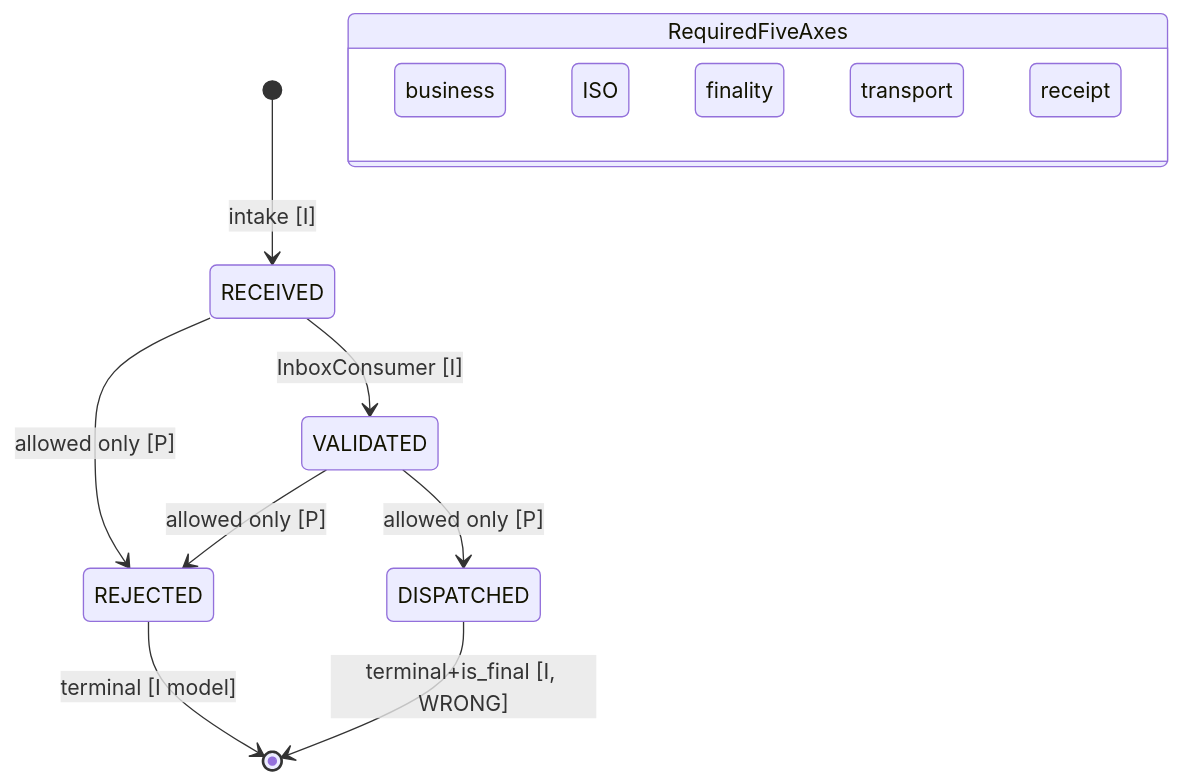
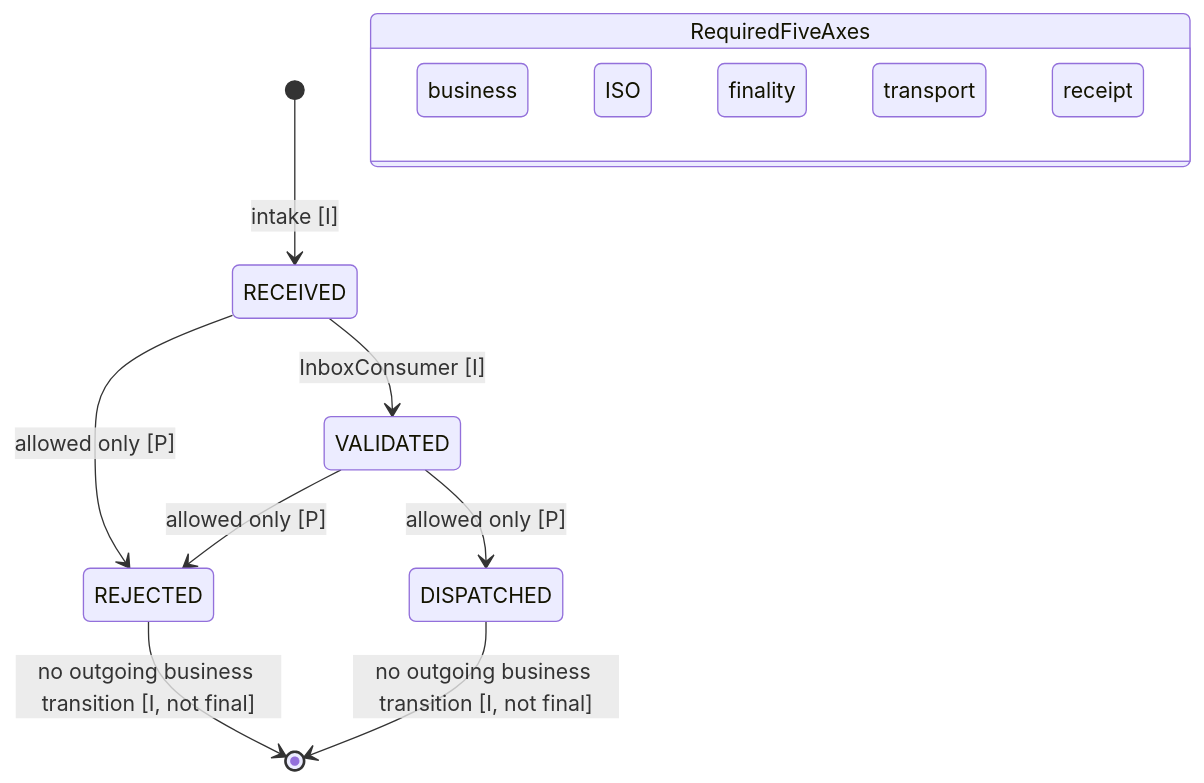
Before and after one commit to kanio1/debina: diagram 11 of 14 in docs/analysis/annexes/DEBINA-FLOWS-MESSAGES-TRACEABILITY.md, drawn with Mermaid. The commit also changed other lines of this file and 3 other files, not shown here.

````diff
--- a/docs/analysis/annexes/DEBINA-FLOWS-MESSAGES-TRACEABILITY.md
+++ b/docs/analysis/annexes/DEBINA-FLOWS-MESSAGES-TRACEABILITY.md
@@ -305,17 +305,17 @@
 ```mermaid
 stateDiagram-v2
   [*] --> RECEIVED: intake [I]
   RECEIVED --> VALIDATED: InboxConsumer [I]
   RECEIVED --> REJECTED: allowed only [P]
   VALIDATED --> DISPATCHED: allowed only [P]
   VALIDATED --> REJECTED: allowed only [P]
-  REJECTED --> [*]: terminal [I model]
-  DISPATCHED --> [*]: terminal+is_final [I, WRONG]
+  REJECTED --> [*]: no outgoing business transition [I, not final]
+  DISPATCHED --> [*]: no outgoing business transition [I, not final]
   state RequiredFiveAxes {
     business
     ISO
     finality
     transport
     receipt
   }
 ```
````
